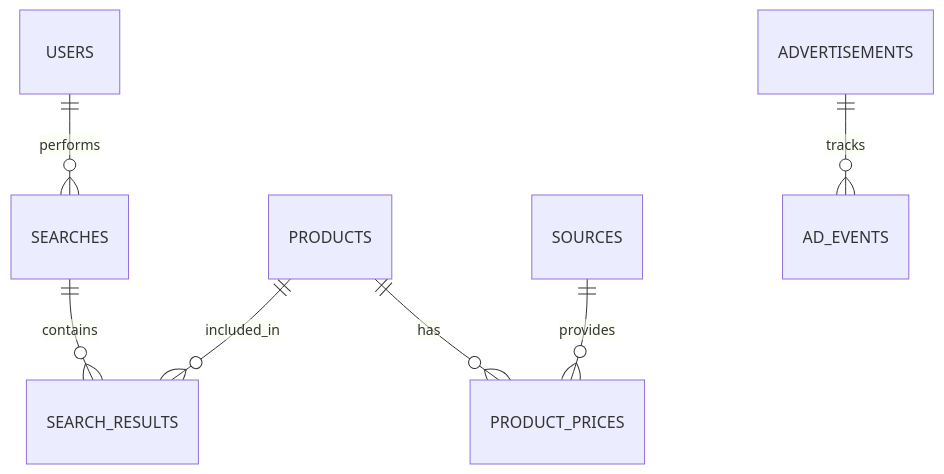
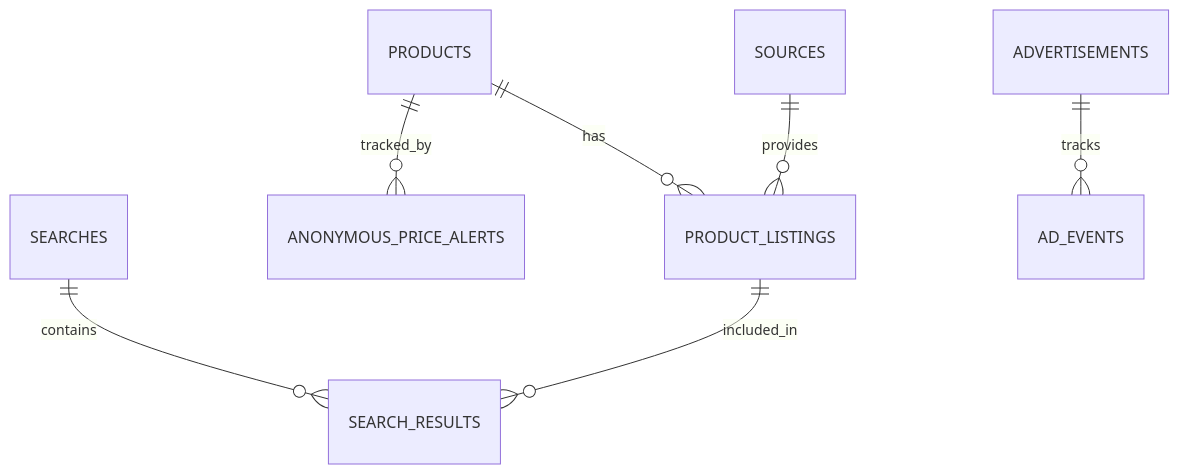
Before and after one commit to ntanwir10/ShopperSprint: the third of 3 diagrams in docs/PROJECT_PLAN.md, drawn with Mermaid. The commit also changed other lines of this file and 49 other files, not shown here.

Commit message:
feat: gate auth behind AUTH_ENABLED; re-enable monitoring; fix backend routes/schema/email; frontend auth gating and cleanup; remove mockData; fix TS in ProductPage, ProductDetail, healthCheck, UI calendar/chart; docs and env updates; add Supabase integration plan

````diff
--- a/docs/PROJECT_PLAN.md
+++ b/docs/PROJECT_PLAN.md
@@ -191,9 +248,9 @@
 ```mermaid
 erDiagram
-    PRODUCTS ||--o{ PRODUCT_PRICES : has
-    SOURCES ||--o{ PRODUCT_PRICES : provides
-    USERS ||--o{ SEARCHES : performs
+    PRODUCTS ||--o{ PRODUCT_LISTINGS : has
+    SOURCES ||--o{ PRODUCT_LISTINGS : provides
+    PRODUCTS ||--o{ ANONYMOUS_PRICE_ALERTS : tracked_by
     SEARCHES ||--o{ SEARCH_RESULTS : contains
-    PRODUCTS ||--o{ SEARCH_RESULTS : included_in
+    PRODUCT_LISTINGS ||--o{ SEARCH_RESULTS : included_in
     ADVERTISEMENTS ||--o{ AD_EVENTS : tracks
 ```
````
